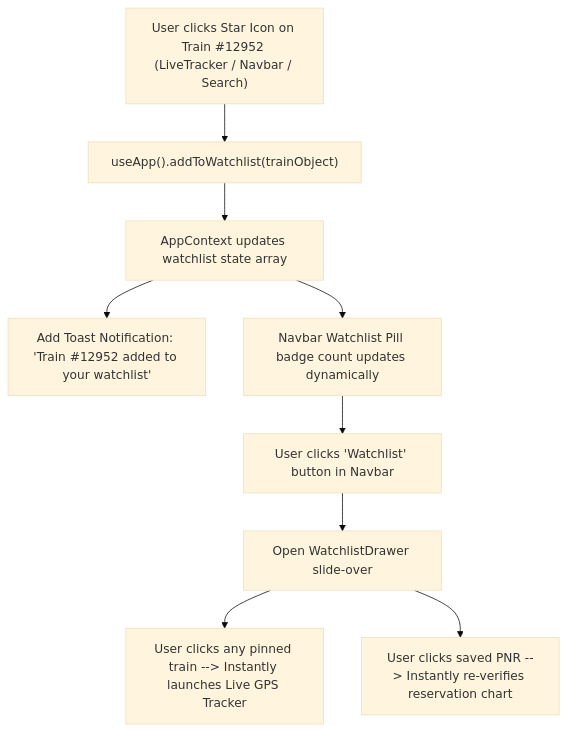
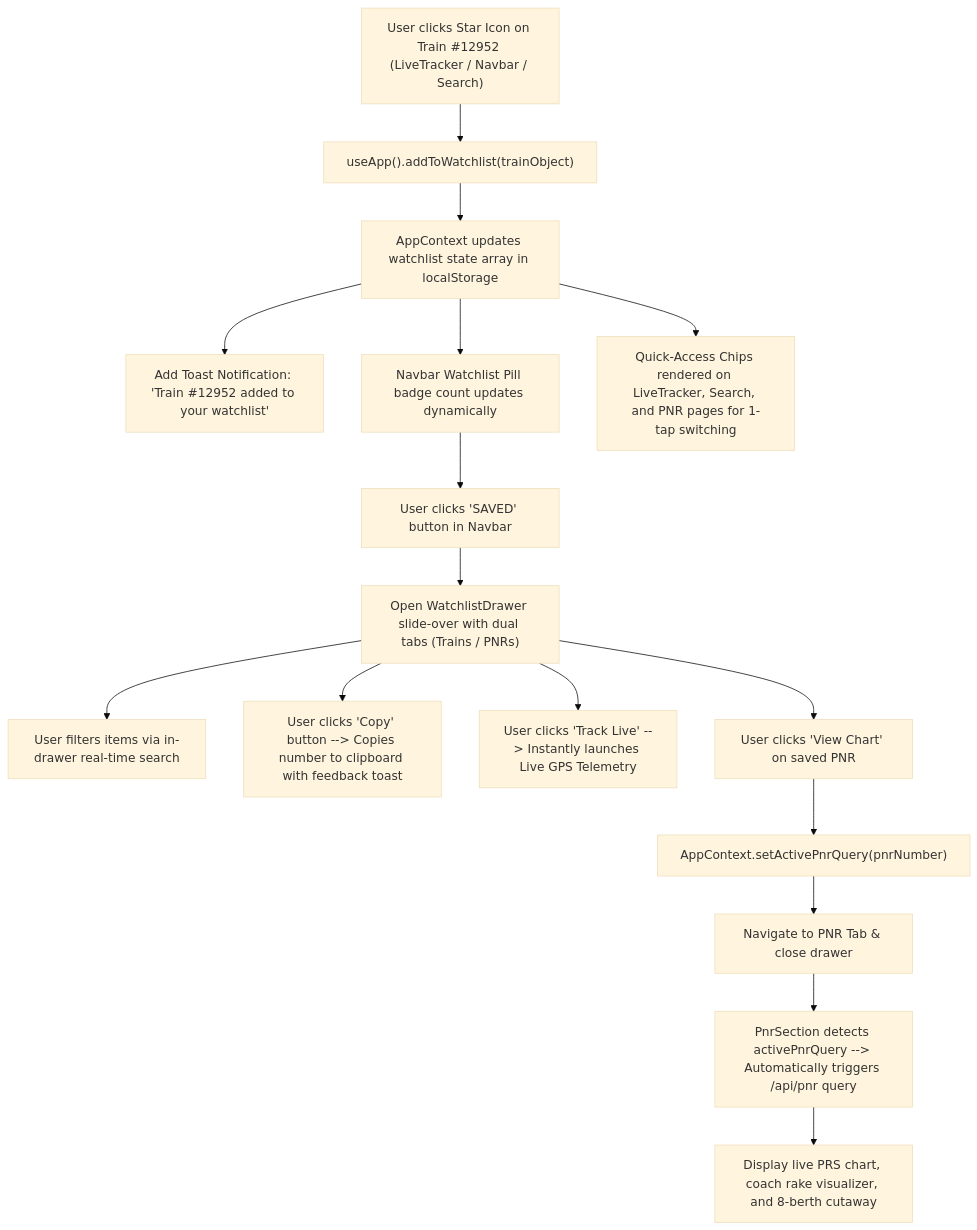
The ninth of 18 diagrams in FLOW.md (Akshit99999/RailSync), drawn with Mermaid (base theme) before and after one commit. The commit also changed other lines of this file, not shown here.

Commit message:
docs(flow): add stereoscopic kinetic headline flow and enhanced saved watchlist deep-link diagram

````diff
--- a/FLOW.md
+++ b/FLOW.md
@@ -234,11 +235,18 @@
 ```mermaid
 flowchart TD
     A["User clicks Star Icon on Train #12952 (LiveTracker / Navbar / Search)"] --> B["useApp().addToWatchlist(trainObject)"]
-    B --> C["AppContext updates watchlist state array"]
+    B --> C["AppContext updates watchlist state array in localStorage"]
     C --> D["Add Toast Notification: 'Train #12952 added to your watchlist'"]
     C --> E["Navbar Watchlist Pill badge count updates dynamically"]
-    E --> F["User clicks 'Watchlist' button in Navbar"]
-    F --> G["Open WatchlistDrawer slide-over"]
-    G --> H["User clicks any pinned train --> Instantly launches Live GPS Tracker"]
-    G --> I["User clicks saved PNR --> Instantly re-verifies reservation chart"]
+    E --> F["User clicks 'SAVED' button in Navbar"]
+    F --> G["Open WatchlistDrawer slide-over with dual tabs (Trains / PNRs)"]
+    G --> H["User filters items via in-drawer real-time search"]
+    G --> I["User clicks 'Copy' button --> Copies number to clipboard with feedback toast"]
+    G --> J["User clicks 'Track Live' --> Instantly launches Live GPS Telemetry"]
+    G --> K["User clicks 'View Chart' on saved PNR"]
+    K --> L["AppContext.setActivePnrQuery(pnrNumber)"]
+    L --> M["Navigate to PNR Tab & close drawer"]
+    M --> N["PnrSection detects activePnrQuery --> Automatically triggers /api/pnr query"]
+    N --> O["Display live PRS chart, coach rake visualizer, and 8-berth cutaway"]
+    C --> P["Quick-Access Chips rendered on LiveTracker, Search, and PNR pages for 1-tap switching"]
 ```
````
